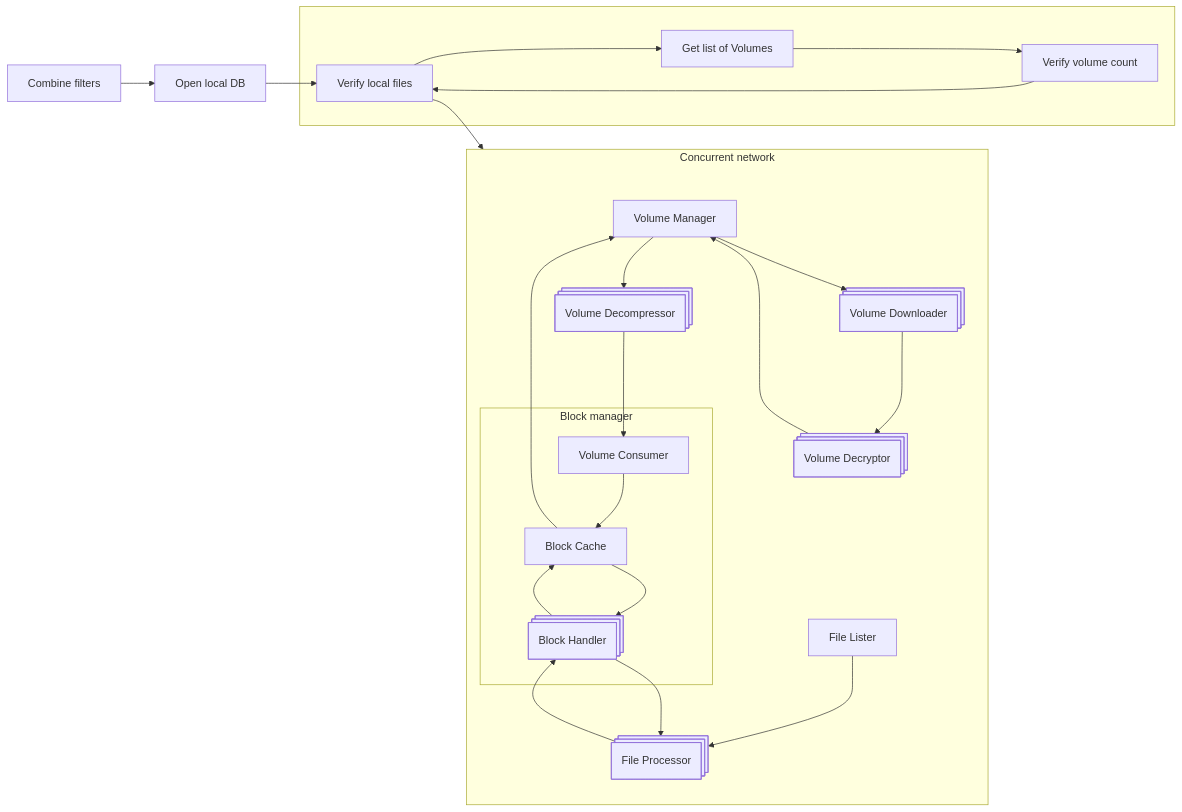
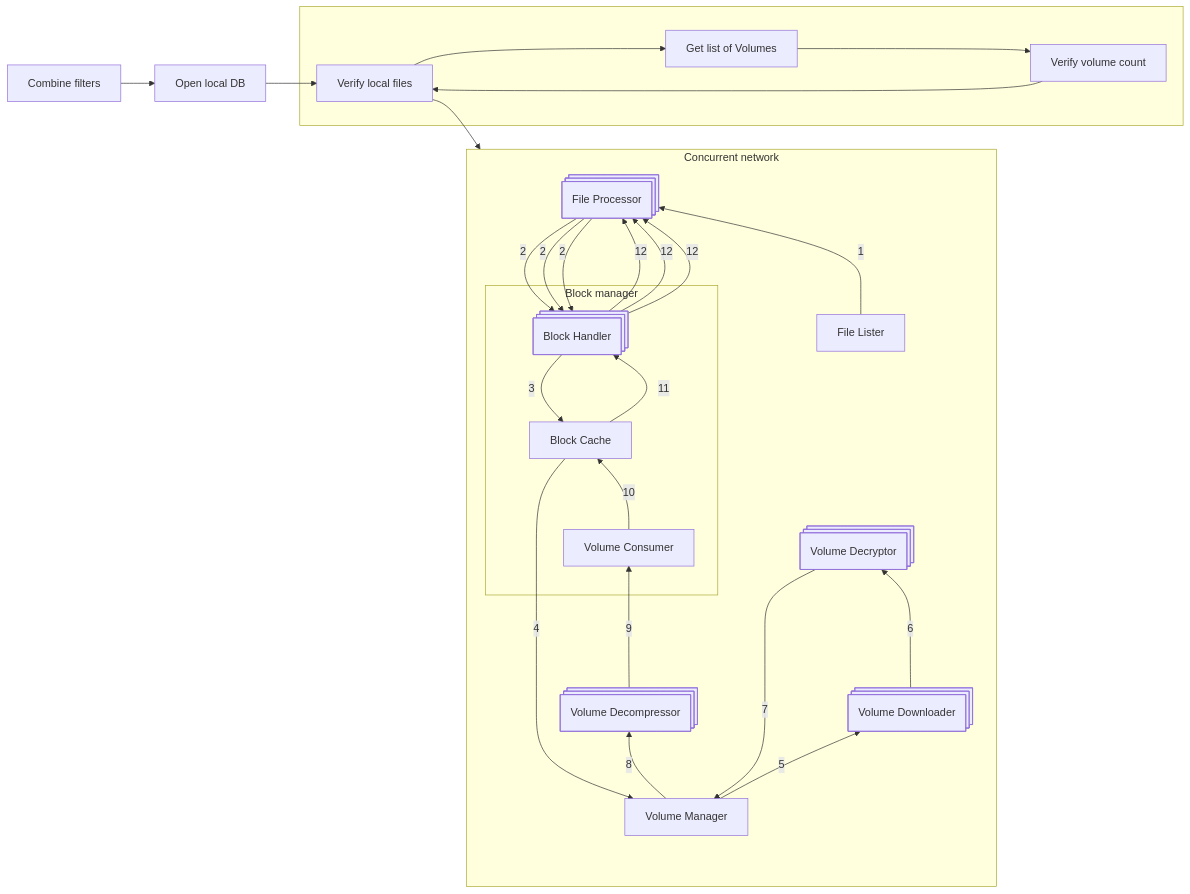
One commit to carljohnsen/duplicati-blogpost changed the second of 2 diagrams in WIP-restore/restore_opt.md. Above: the diagram before and after it, drawn with Mermaid. The commit also changed other lines of this file, not shown here.

````diff
--- a/WIP-restore/restore_opt.md
+++ b/WIP-restore/restore_opt.md
@@ -282,52 +279,58 @@
 ```mermaid
 flowchart LR;
     1["Combine filters"];
     2["Open local DB"];
     3["Verify local files"];
 
     subgraph VERIF[" "]
         3_1["Get list of Volumes"];
         3_2["Verify volume count"];
 
         3-->3_1;
         3_1-->3_2;
         3_2-->3;
     end;
 
     1-->2;
     2-->3;
     3-->NETW;
 
     subgraph NETW["Concurrent network"]
-        direction TB;
+        direction BT;
 
         4_1["File Lister"];
         4_2@{ shape: processes, label: "File Processor" };
         subgraph BLOCKMAN["Block manager "];
             4_3_blockhandler@{ shape: processes, label: "Block Handler" };
             4_3_volumeconsumer["Volume Consumer"];
+            %%TODO differentiate between function call and process
+            %%style 4_3_volumeconsumer fill:#f9f;
             4_3_cache["Block Cache"];
 
-            4_3_volumeconsumer --> 4_3_cache;
-            4_3_blockhandler --> 4_3_cache;
-            4_3_cache --> 4_3_blockhandler;
+            4_3_volumeconsumer --10--> 4_3_cache;
+            4_3_blockhandler --3--> 4_3_cache;
+            4_3_cache --11--> 4_3_blockhandler;
         end;
         subgraph VOLALIGN[" "];
             4_4["Volume Manager"];
             4_7@{ shape: processes, label: "Volume Decompressor" };
         end;
         style VOLALIGN stroke:none;
         4_5@{ shape: processes, label: "Volume Downloader" };
         4_6@{ shape: processes, label: "Volume Decryptor" };
 
-        4_1 --> 4_2;
-        4_2 --> 4_3_blockhandler;
-        4_3_blockhandler --> 4_2;
-        4_3_cache --> 4_4;
-        4_4 --> 4_5;
-        4_5 --> 4_6;
-        4_6 --> 4_4;
-        4_4 --> 4_7;
-        4_7 --> 4_3_volumeconsumer;
+        4_1 --1--> 4_2;
+        4_2 --2--> 4_3_blockhandler;
+        4_2 --2--> 4_3_blockhandler;
+        4_2 --2--> 4_3_blockhandler;
+        4_3_blockhandler --12--> 4_2;
+        4_3_blockhandler --12--> 4_2;
+        4_3_blockhandler --12--> 4_2;
+        4_3_cache --4--> 4_4;
+        4_4 --5--> 4_5;
+        4_5 --6--> 4_6;
+        4_6 --7--> 4_4;
+        4_4 --8--> 4_7;
+        4_7 --9--> 4_3_volumeconsumer;
     end;
 ```
````
